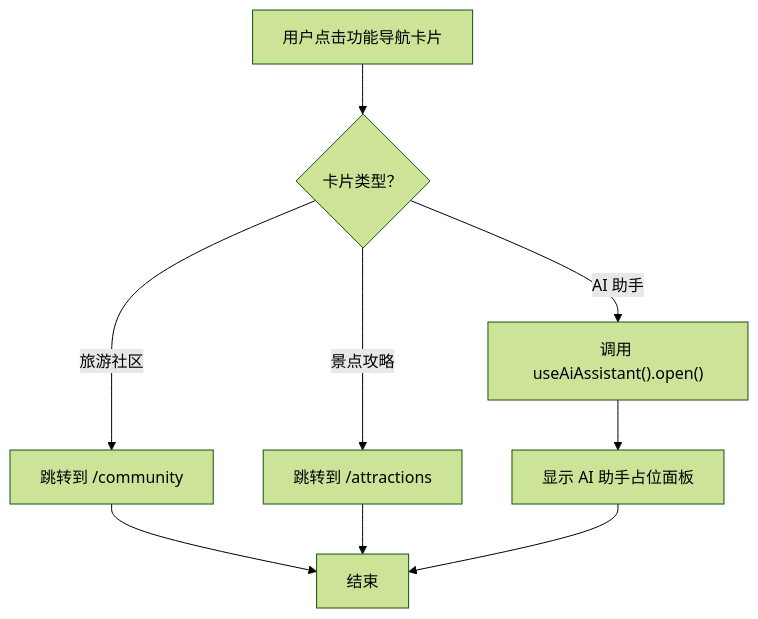
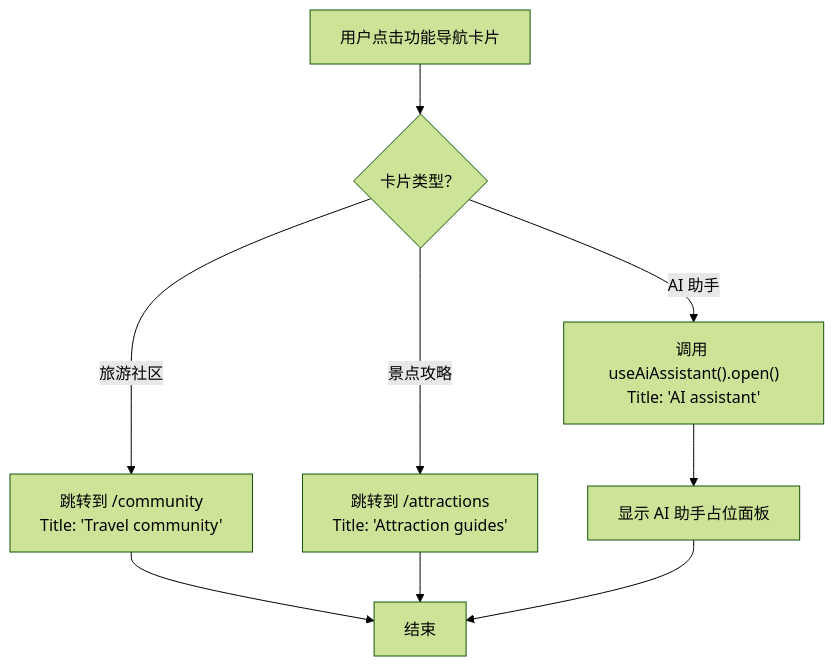
One commit to luyitiger6/my-first-project changed the sixth of 13 diagrams in .qoder/repowiki/zh/content/规格驱动开发/WanderChain 首页规格文档/WanderChain 首页规格文档.md. Above: the diagram before and after it, drawn with Mermaid (forest theme). The commit also changed other lines of this file and 33 other files, not shown here.

````diff
--- a/.qoder/repowiki/zh/content/规格驱动开发/WanderChain 首页规格文档/WanderChain 首页规格文档.md
+++ b/.qoder/repowiki/zh/content/规格驱动开发/WanderChain 首页规格文档/WanderChain 首页规格文档.md
@@ -299,11 +276,11 @@
 ```mermaid
 flowchart TD
 Start["用户点击功能导航卡片"] --> Type{"卡片类型？"}
-Type --> |旅游社区| LinkCommunity["跳转到 /community"]
-Type --> |景点攻略| LinkAttractions["跳转到 /attractions"]
-Type --> |AI 助手| OpenPanel["调用 useAiAssistant().open()"]
+Type --> |旅游社区| LinkCommunity["跳转到 /community<br/>Title: 'Travel community'"]
+Type --> |景点攻略| LinkAttractions["跳转到 /attractions<br/>Title: 'Attraction guides'"]
+Type --> |AI 助手| OpenPanel["调用 useAiAssistant().open()<br/>Title: 'AI assistant'"]
 OpenPanel --> Panel["显示 AI 助手占位面板"]
 LinkCommunity --> End["结束"]
 LinkAttractions --> End
 Panel --> End
 ```
````
